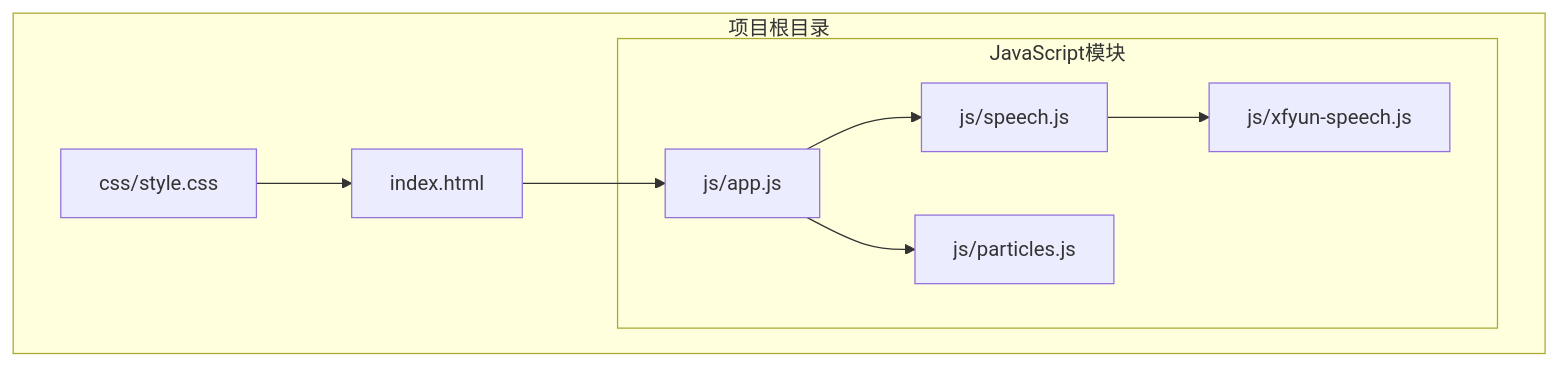
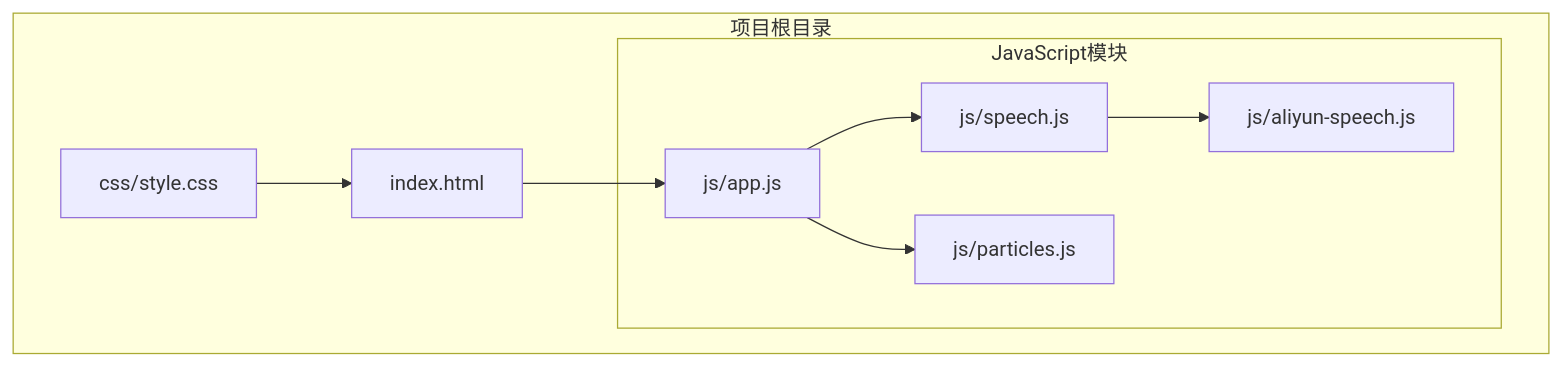
Before and after one commit to db300/MySpeechRecognition: the first of 8 diagrams in .qoder/repowiki/zh/content/快速开始.md, drawn with Mermaid. The commit also changed other lines of this file and 15 other files, not shown here.

````diff
--- a/.qoder/repowiki/zh/content/快速开始.md
+++ b/.qoder/repowiki/zh/content/快速开始.md
@@ -43,18 +50,18 @@
 ```mermaid
 graph TB
 subgraph "项目根目录"
 HTML[index.html]
 CSS[css/style.css]
 subgraph "JavaScript模块"
 APP[js/app.js]
 SPEECH[js/speech.js]
-XFYSUN[js/xfyun-speech.js]
+ALIYUN[js/aliyun-speech.js]
 PARTICLES[js/particles.js]
 end
 end
 HTML --> APP
 APP --> SPEECH
 APP --> PARTICLES
-SPEECH --> XFYSUN
+SPEECH --> ALIYUN
 CSS --> HTML
 ```
````
